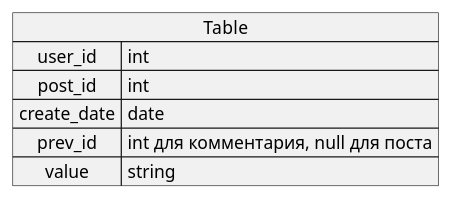
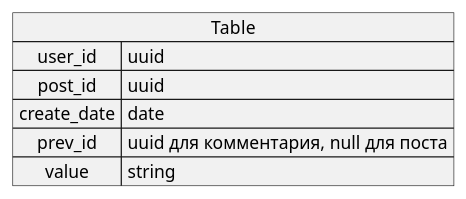
One commit to Navalgan/Service-oriented-architectures changed the diagram in doc/ER-comment.puml. Above: the diagram before and after it, drawn with PlantUML. The commit also changed 24 other files, not shown here.

```diff
--- a/doc/ER-comment.puml
+++ b/doc/ER-comment.puml
@@ -1,9 +1,9 @@
 @startuml
 map Table {
- user_id => int
- post_id => int
+ user_id => uuid
+ post_id => uuid
  create_date => date
- prev_id => int для комментария, null для поста
+ prev_id => uuid для комментария, null для поста
  value => string
 }
 @enduml
```
